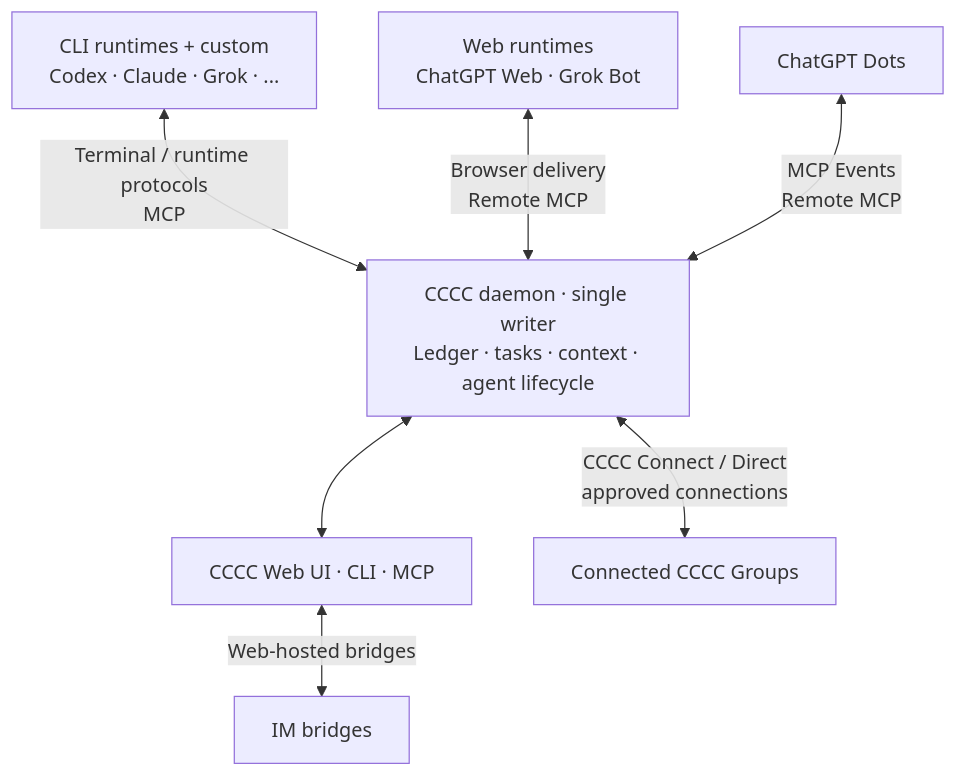
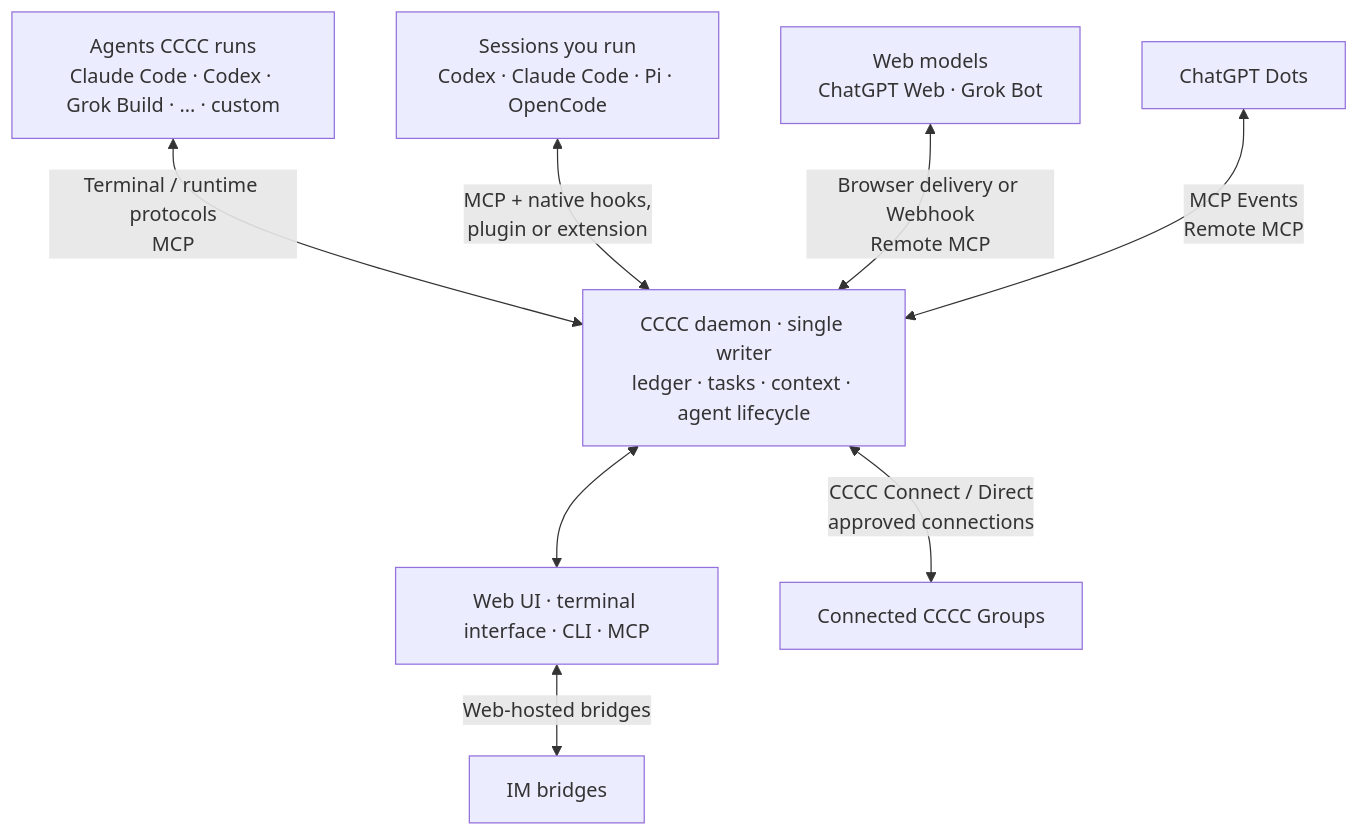
The diagram in README.md (ChesterRa/cccc), drawn with Mermaid before and after one commit. The commit also changed other lines of this file and 59 other files, not shown here.

````diff
--- a/README.md
+++ b/README.md
@@ -197,17 +309,19 @@
 ```mermaid
 graph TB
-    A1["CLI runtimes + custom<br/>Codex · Claude · Grok · ..."]
-    A3["Web runtimes<br/>ChatGPT Web · Grok Bot"]
-    A6["ChatGPT Dots"]
-    Daemon["CCCC daemon · single writer<br/>Ledger · tasks · context · agent lifecycle"]
-    Ports["CCCC Web UI · CLI · MCP"]
+    M["Agents CCCC runs<br/>Claude Code · Codex · Grok Build · ... · custom"]
+    N["Sessions you run<br/>Codex · Claude Code · Pi · OpenCode"]
+    W["Web models<br/>ChatGPT Web · Grok Bot"]
+    D["ChatGPT Dots"]
+    Daemon["CCCC daemon · single writer<br/>ledger · tasks · context · agent lifecycle"]
+    Ports["Web UI · terminal interface · CLI · MCP"]
     IM["IM bridges"]
     Remote["Connected CCCC Groups"]
 
-    A1 <-->|Terminal / runtime protocols<br/>MCP| Daemon
-    A3 <-->|Browser delivery<br/>Remote MCP| Daemon
-    A6 <-->|MCP Events<br/>Remote MCP| Daemon
+    M <-->|Terminal / runtime protocols<br/>MCP| Daemon
+    N <-->|MCP + native hooks,<br/>plugin or extension| Daemon
+    W <-->|Browser delivery or Webhook<br/>Remote MCP| Daemon
+    D <-->|MCP Events<br/>Remote MCP| Daemon
     Daemon <--> Ports
     Ports <-->|Web-hosted bridges| IM
     Daemon <-->|CCCC Connect / Direct<br/>approved connections| Remote
 ```
````
